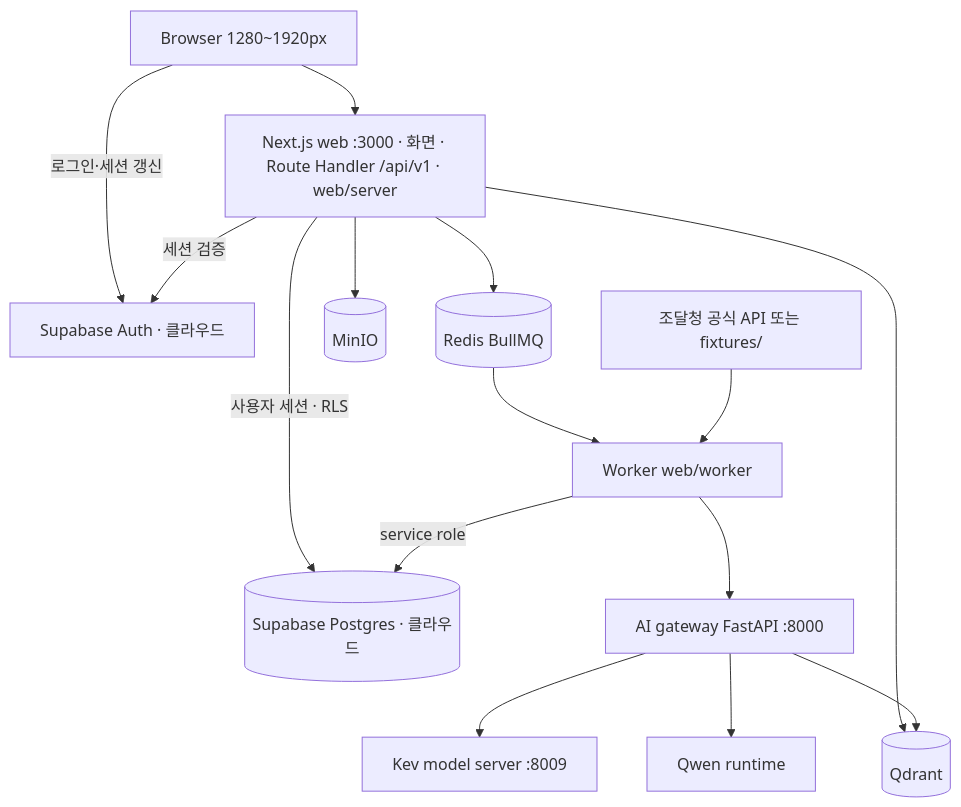
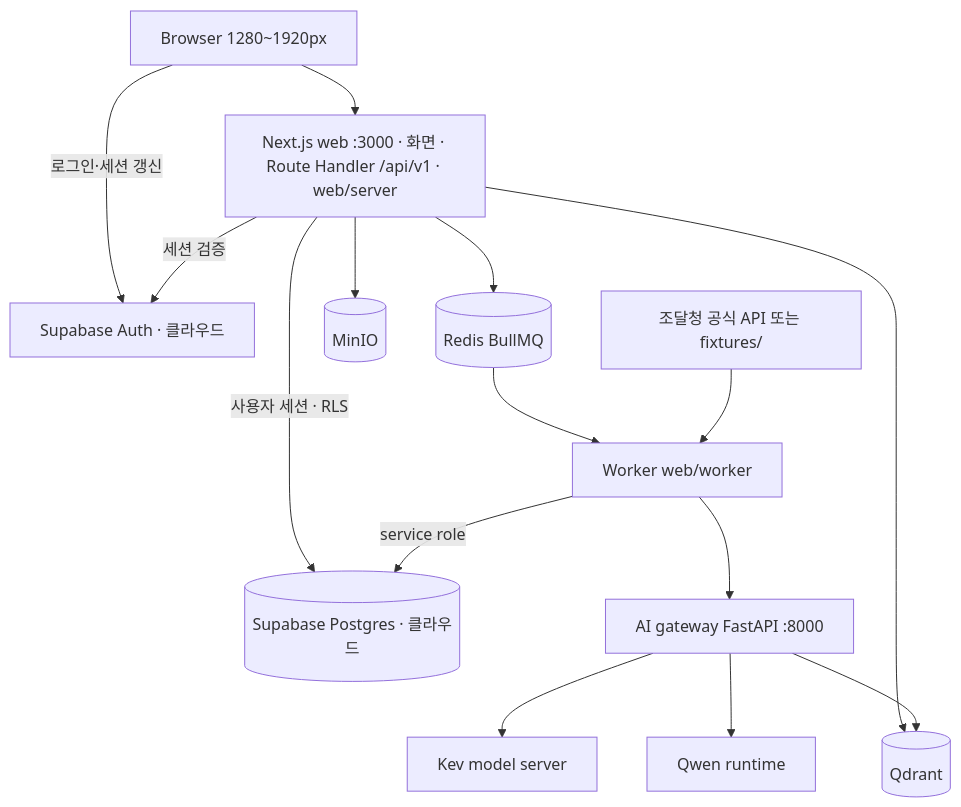
Before and after one commit to solideoai/sol-radar: the first of 3 diagrams in docs/02-ARCHITECTURE.md, drawn with Mermaid. The commit also changed other lines of this file and 20 other files, not shown here.

````diff
--- a/docs/02-ARCHITECTURE.md
+++ b/docs/02-ARCHITECTURE.md
@@ -39,17 +39,17 @@
 ```mermaid
 flowchart TB
  U["Browser 1280~1920px"] --> N["Next.js web :3000 · 화면 · Route Handler /api/v1 · web/server"]
  U -- 로그인·세션 갱신 --> SA["Supabase Auth · 클라우드"]
  N -- 세션 검증 --> SA
  N -- 사용자 세션 · RLS --> PG[("Supabase Postgres · 클라우드")]
  N --> R[("Redis BullMQ")]
  N --> MIN[("MinIO")]
  N --> QD[("Qdrant")]
  R --> WORK["Worker web/worker"]
  WORK --> AI["AI gateway FastAPI :8000"]
- AI --> KEV["Kev model server :8009"]
+ AI --> KEV["Kev model server"]
  AI --> QW["Qwen runtime"]
  AI --> QD
  WORK -- service role --> PG
  EXT["조달청 공식 API 또는 fixtures/"] --> WORK
 ```
````
